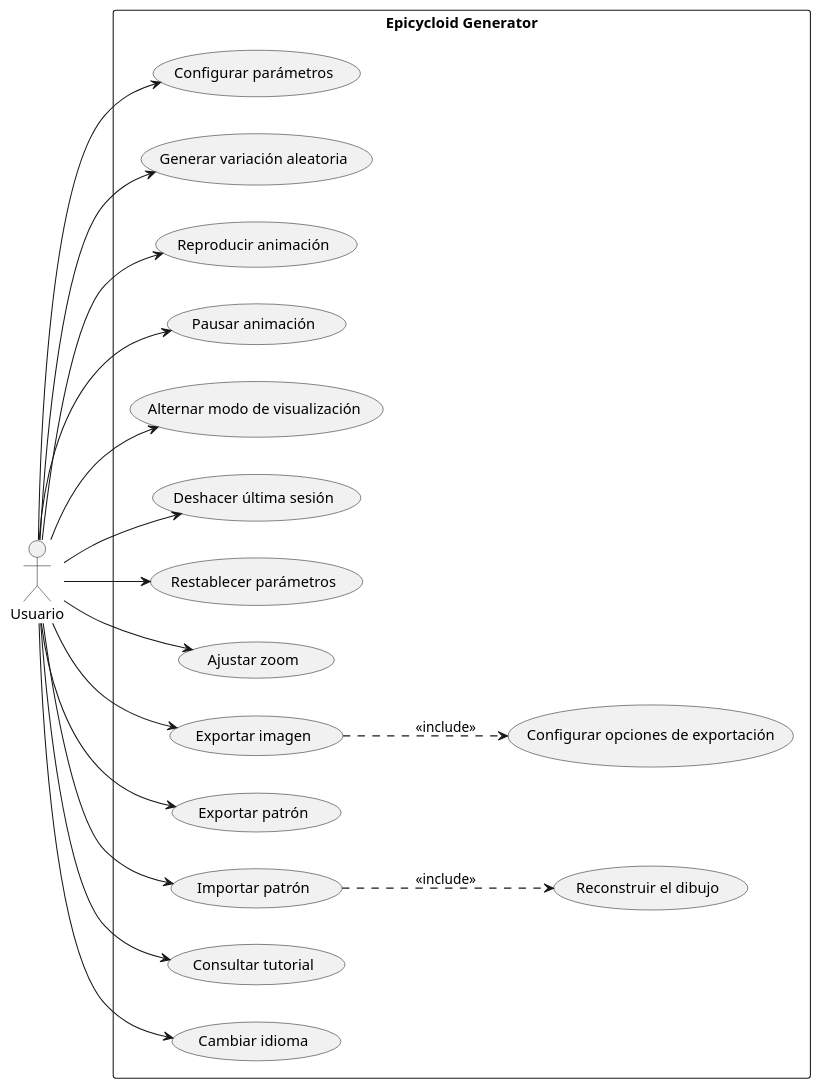
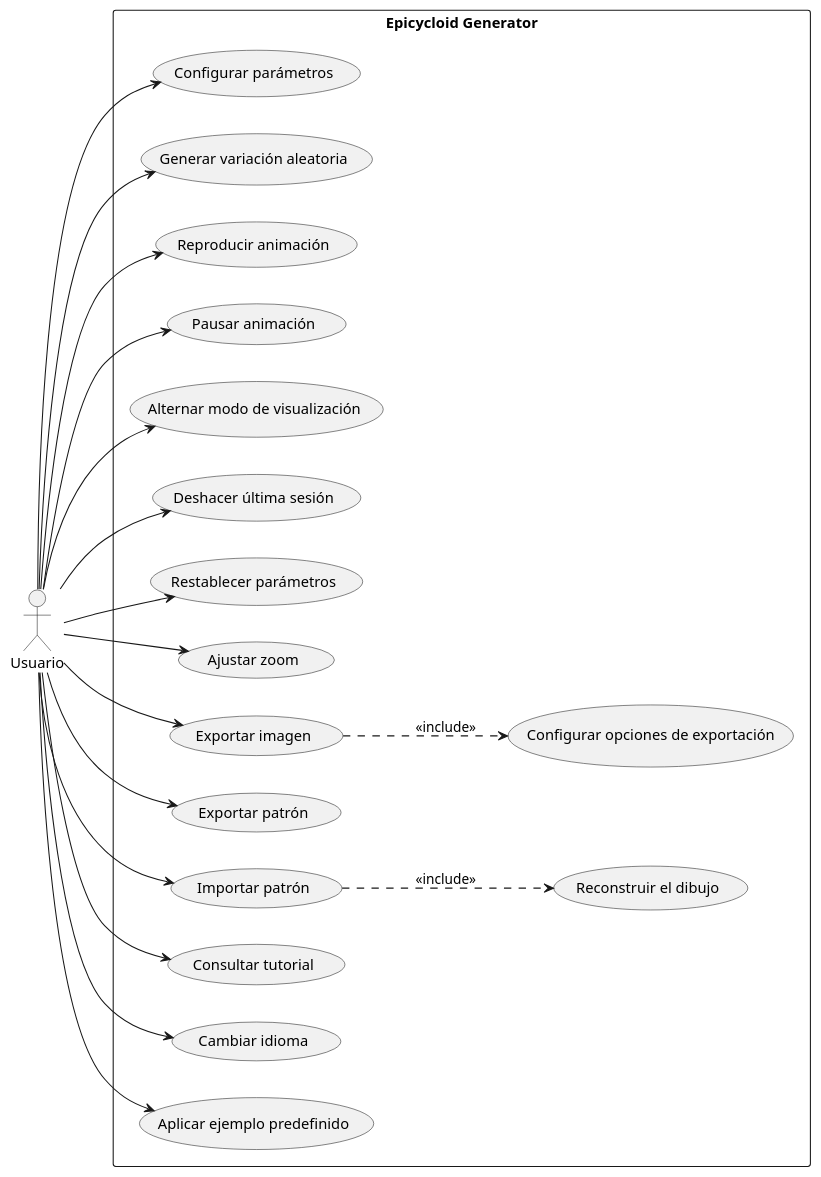
Before and after one commit to IgnacioMol/Epicycloid_generator: the first of 16 diagrams in claude/memoria-cap4-analisis.md, drawn with PlantUML. The commit also changed other lines of this file and 13 other files, not shown here.

````diff
--- a/claude/memoria-cap4-analisis.md
+++ b/claude/memoria-cap4-analisis.md
@@ -417,42 +442,44 @@
 ```plantuml
 @startuml CasosDeUso
 left to right direction
 skinparam packageStyle rectangle
 actor Usuario as U
 
 rectangle "Epicycloid Generator" {
   usecase "Configurar parámetros" as CU1
   usecase "Generar variación aleatoria" as CU12
   usecase "Reproducir animación" as CU2
   usecase "Pausar animación" as CU3
   usecase "Alternar modo de visualización" as CU4
   usecase "Deshacer última sesión" as CU5
   usecase "Restablecer parámetros" as CU6
   usecase "Ajustar zoom" as CU7
   usecase "Exportar imagen" as CU8
   usecase "Configurar opciones de exportación" as CU8b
   usecase "Exportar patrón" as CU9
   usecase "Importar patrón" as CU10
   usecase "Reconstruir el dibujo" as CU10b
   usecase "Consultar tutorial" as CU11
   usecase "Cambiar idioma" as CU13
+  usecase "Aplicar ejemplo predefinido" as CU14
 }
 
 U --> CU1
 U --> CU12
 U --> CU2
 U --> CU3
 U --> CU4
 U --> CU5
 U --> CU6
 U --> CU7
 U --> CU8
 U --> CU9
 U --> CU10
 U --> CU11
 U --> CU13
+U --> CU14
 
 CU8 ..> CU8b : <<include>>
 CU10 ..> CU10b : <<include>>
 @enduml
 ```
````
